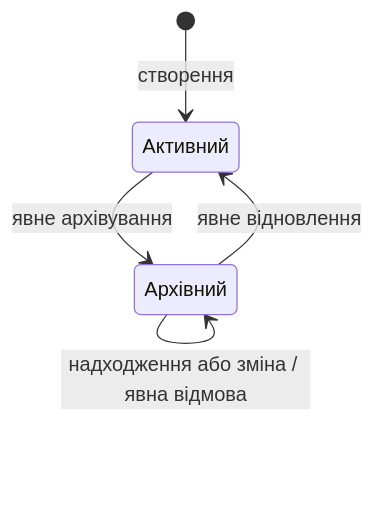
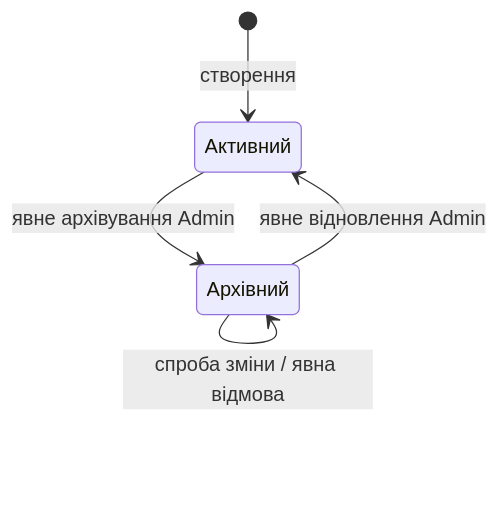
Before and after one commit to murczyk/echo: the second of 2 diagrams in DEVICES.md, drawn with Mermaid. The commit also changed other lines of this file, not shown here.

````diff
--- a/DEVICES.md
+++ b/DEVICES.md
@@ -236,7 +253,7 @@
 ```mermaid
 stateDiagram-v2
     [*] --> Активний: створення
-    Активний --> Архівний: явне архівування
-    Архівний --> Активний: явне відновлення
-    Архівний --> Архівний: надходження або зміна / явна відмова
+    Активний --> Архівний: явне архівування Admin
+    Архівний --> Активний: явне відновлення Admin
+    Архівний --> Архівний: спроба зміни / явна відмова
 ```
````
